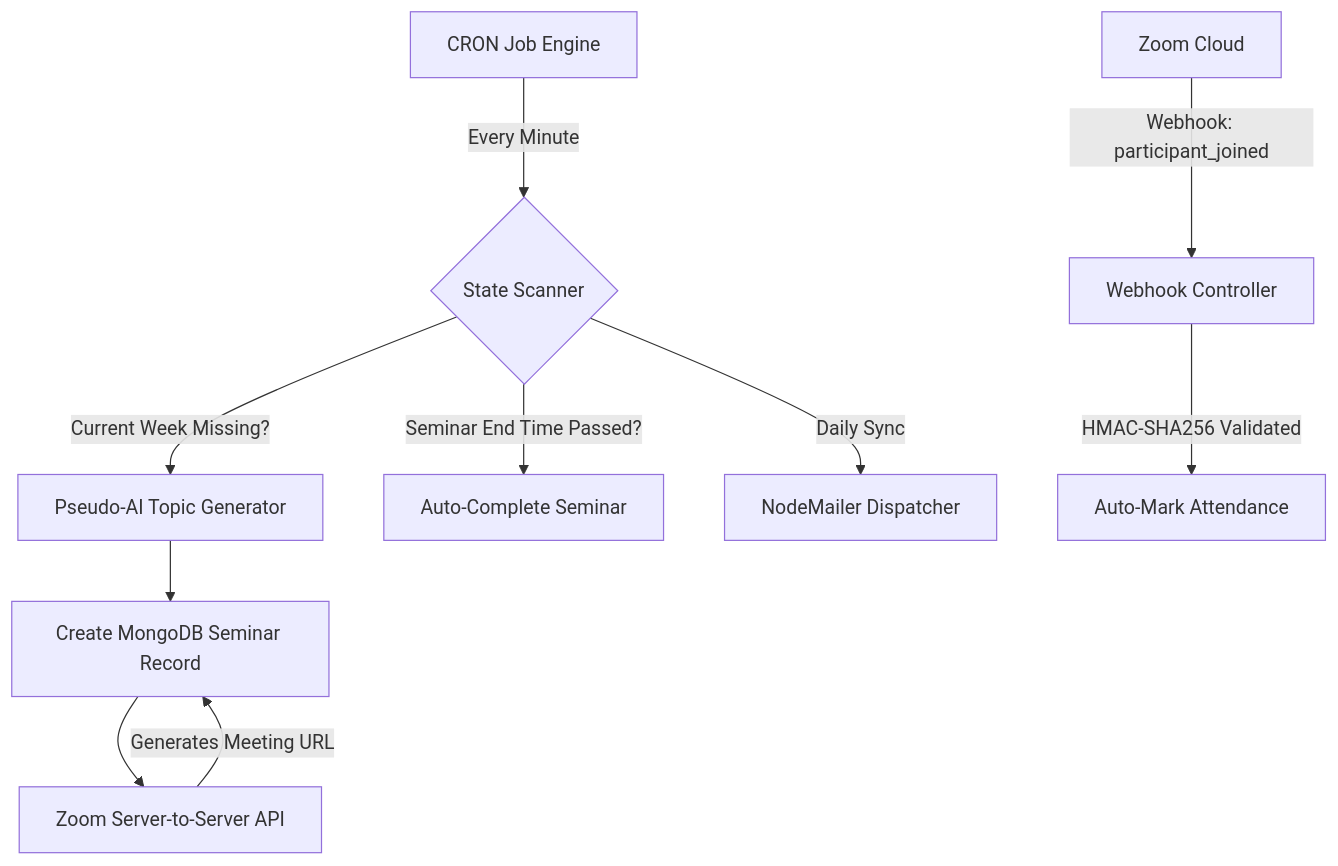
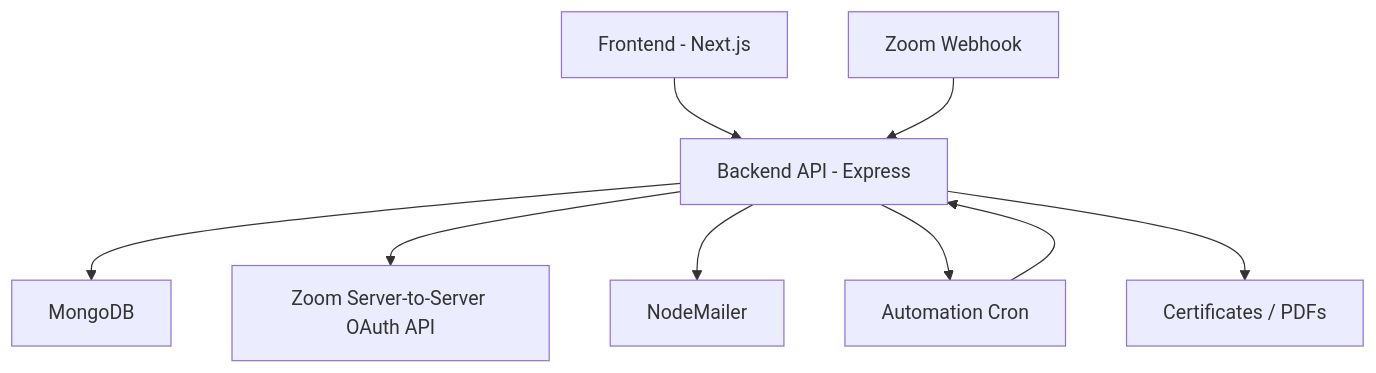
The diagram in README.md (Priyanshu-WebDev-io/hack2skill-project), drawn with Mermaid before and after one commit. The commit also changed other lines of this file and 19 other files, not shown here.

````diff
--- a/README.md
+++ b/README.md
@@ -17,13 +59,11 @@
 ```mermaid
 graph TD
-    A[CRON Job Engine] -->|Every Minute| B{State Scanner}
-    B -->|Current Week Missing?| C[Pseudo-AI Topic Generator]
-    C --> D[Create MongoDB Seminar Record]
-    D --> E[Zoom Server-to-Server API]
-    E -->|Generates Meeting URL| D
-    B -->|Seminar End Time Passed?| F[Auto-Complete Seminar]
-    B -->|Daily Sync| G[NodeMailer Dispatcher]
-    
-    H[Zoom Cloud] -->|Webhook: participant_joined| I[Webhook Controller]
-    I -->|HMAC-SHA256 Validated| J[Auto-Mark Attendance]
+    A[Frontend - Next.js] --> B[Backend API - Express]
+    B --> C[MongoDB]
+    B --> D[Zoom Server-to-Server OAuth API]
+    B --> E[NodeMailer]
+    B --> F[Automation Cron]
+    F --> B
+    G[Zoom Webhook] --> B
+    B --> H[Certificates / PDFs]
 ```
````
